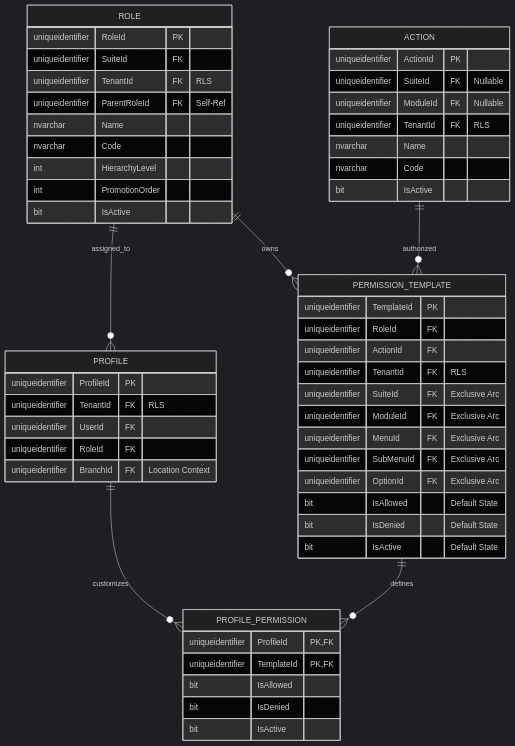
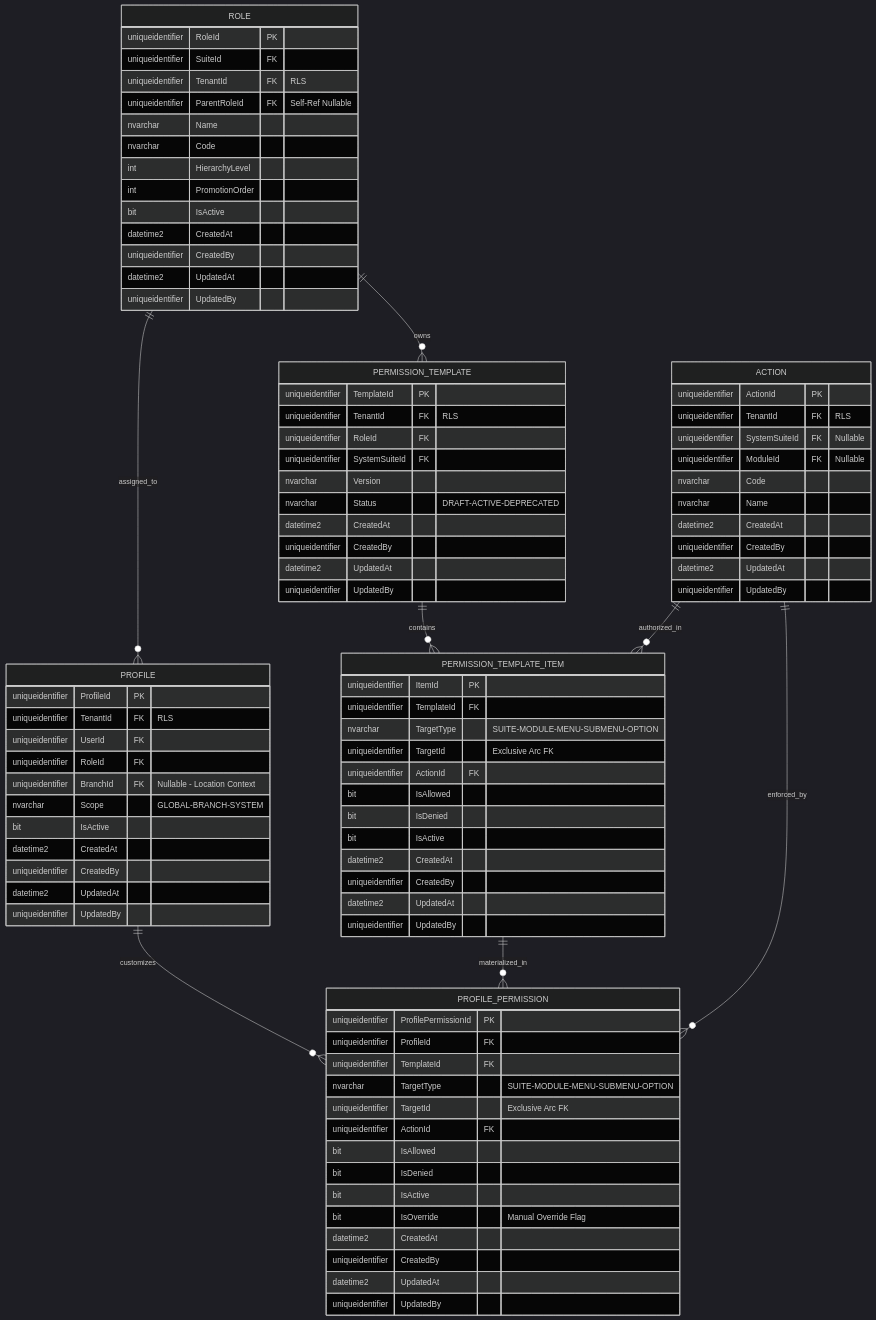
The second of 5 diagrams in docs/architecture/blueprints/database-design-er.md (beyondnetcode/ums), drawn with Mermaid (dark theme) before and after one commit. The commit also changed other lines of this file and 1 other file, not shown here.

First line of the commit message:
docs(er-diagram): complete aggregate data models from domain Props

````diff
--- a/docs/architecture/blueprints/database-design-er.md
+++ b/docs/architecture/blueprints/database-design-er.md
@@ -78,44 +94,66 @@
     ROLE ||--o{ PERMISSION_TEMPLATE : "owns"
     ROLE ||--o{ PROFILE : "assigned_to"
     PROFILE ||--o{ PROFILE_PERMISSION : "customizes"
-    PERMISSION_TEMPLATE ||--o{ PROFILE_PERMISSION : "defines"
-    ACTION ||--o{ PERMISSION_TEMPLATE : "authorized"
+    PERMISSION_TEMPLATE ||--o{ PERMISSION_TEMPLATE_ITEM : "contains"
+    PERMISSION_TEMPLATE_ITEM ||--o{ PROFILE_PERMISSION : "materialized_in"
+    ACTION ||--o{ PERMISSION_TEMPLATE_ITEM : "authorized_in"
+    ACTION ||--o{ PROFILE_PERMISSION : "enforced_by"
 
     ROLE {
         uniqueidentifier RoleId PK
         uniqueidentifier SuiteId FK
         uniqueidentifier TenantId FK "RLS"
-        uniqueidentifier ParentRoleId FK "Self-Ref"
+        uniqueidentifier ParentRoleId FK "Self-Ref Nullable"
         nvarchar Name
         nvarchar Code
         int HierarchyLevel
         int PromotionOrder
         bit IsActive
+        datetime2 CreatedAt
+        uniqueidentifier CreatedBy
+        datetime2 UpdatedAt
+        uniqueidentifier UpdatedBy
     }
 
     ACTION {
         uniqueidentifier ActionId PK
-        uniqueidentifier SuiteId FK "Nullable"
+        uniqueidentifier TenantId FK "RLS"
+        uniqueidentifier SystemSuiteId FK "Nullable"
         uniqueidentifier ModuleId FK "Nullable"
-        uniqueidentifier TenantId FK "RLS"
+        nvarchar Code
         nvarchar Name
-        nvarchar Code
-        bit IsActive
+        datetime2 CreatedAt
+        uniqueidentifier CreatedBy
+        datetime2 UpdatedAt
+        uniqueidentifier UpdatedBy
     }
 
     PERMISSION_TEMPLATE {
         uniqueidentifier TemplateId PK
+        uniqueidentifier TenantId FK "RLS"
         uniqueidentifier RoleId FK
+        uniqueidentifier SystemSuiteId FK
+        nvarchar Version
+        nvarchar Status "DRAFT-ACTIVE-DEPRECATED"
+        datetime2 CreatedAt
+        uniqueidentifier CreatedBy
+        datetime2 UpdatedAt
+        uniqueidentifier UpdatedBy
+    }
+
+    PERMISSION_TEMPLATE_ITEM {
+        uniqueidentifier ItemId PK
+        uniqueidentifier TemplateId FK
+        nvarchar TargetType "SUITE-MODULE-MENU-SUBMENU-OPTION"
+        uniqueidentifier TargetId "Exclusive Arc FK"
         uniqueidentifier ActionId FK
-        uniqueidentifier TenantId FK "RLS"
-        uniqueidentifier SuiteId FK "Exclusive Arc"
-        uniqueidentifier ModuleId FK "Exclusive Arc"
-        uniqueidentifier MenuId FK "Exclusive Arc"
-        uniqueidentifier SubMenuId FK "Exclusive Arc"
-        uniqueidentifier OptionId FK "Exclusive Arc"
-        bit IsAllowed "Default State"
-        bit IsDenied "Default State"
-        bit IsActive "Default State"
+        bit IsAllowed
+        bit IsDenied
+        bit IsActive
+        datetime2 CreatedAt
+        uniqueidentifier CreatedBy
+        datetime2 UpdatedAt
+        uniqueidentifier UpdatedBy
     }
 
     PROFILE {
@@ -123,14 +161,29 @@
         uniqueidentifier TenantId FK "RLS"
         uniqueidentifier UserId FK
         uniqueidentifier RoleId FK
-        uniqueidentifier BranchId FK "Location Context"
+        uniqueidentifier BranchId FK "Nullable - Location Context"
+        nvarchar Scope "GLOBAL-BRANCH-SYSTEM"
+        bit IsActive
+        datetime2 CreatedAt
+        uniqueidentifier CreatedBy
+        datetime2 UpdatedAt
+        uniqueidentifier UpdatedBy
     }
 
     PROFILE_PERMISSION {
-        uniqueidentifier ProfileId PK, FK
-        uniqueidentifier TemplateId PK, FK
+        uniqueidentifier ProfilePermissionId PK
+        uniqueidentifier ProfileId FK
+        uniqueidentifier TemplateId FK
+        nvarchar TargetType "SUITE-MODULE-MENU-SUBMENU-OPTION"
+        uniqueidentifier TargetId "Exclusive Arc FK"
+        uniqueidentifier ActionId FK
         bit IsAllowed
         bit IsDenied
         bit IsActive
+        bit IsOverride "Manual Override Flag"
+        datetime2 CreatedAt
+        uniqueidentifier CreatedBy
+        datetime2 UpdatedAt
+        uniqueidentifier UpdatedBy
     }
 ```
````
